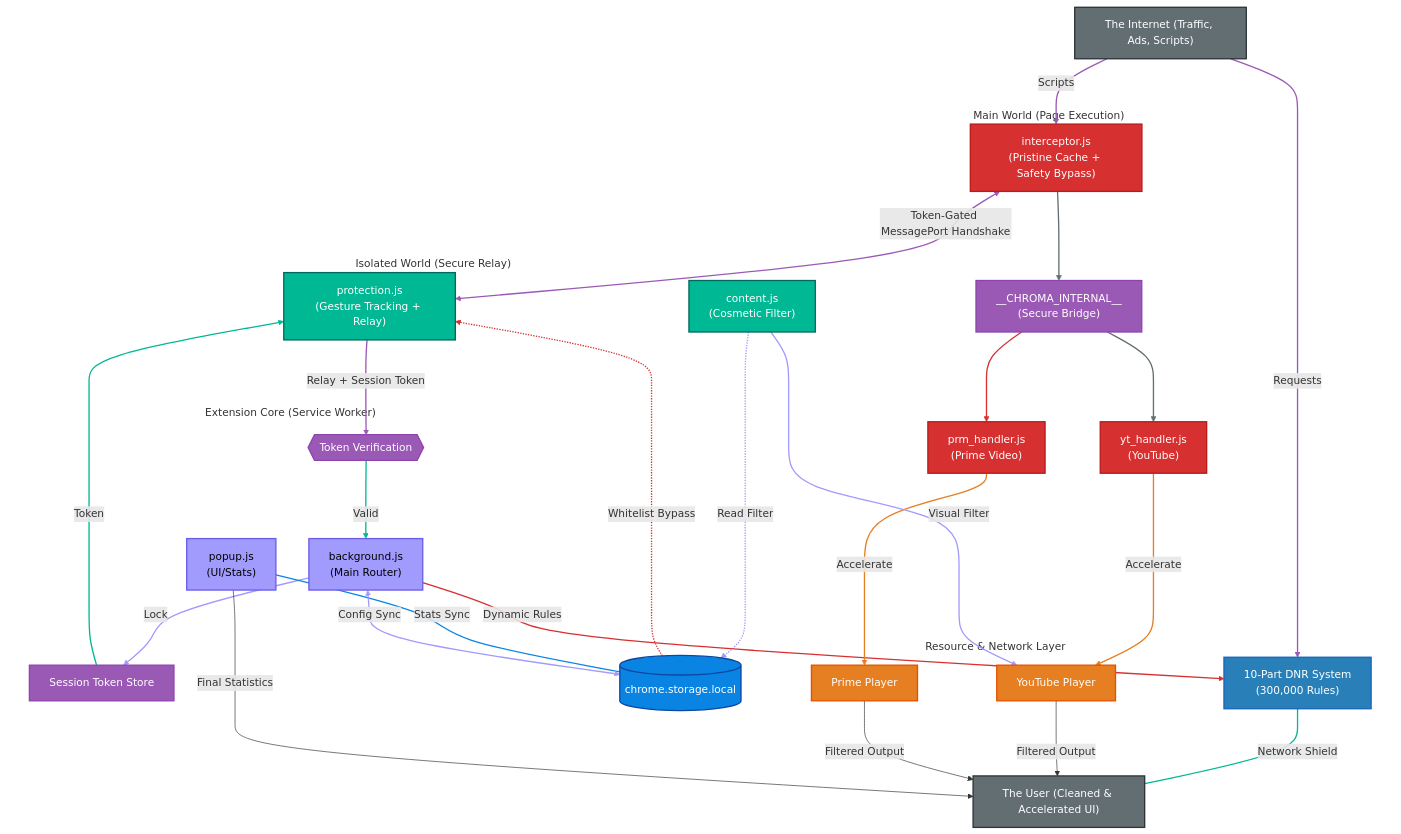
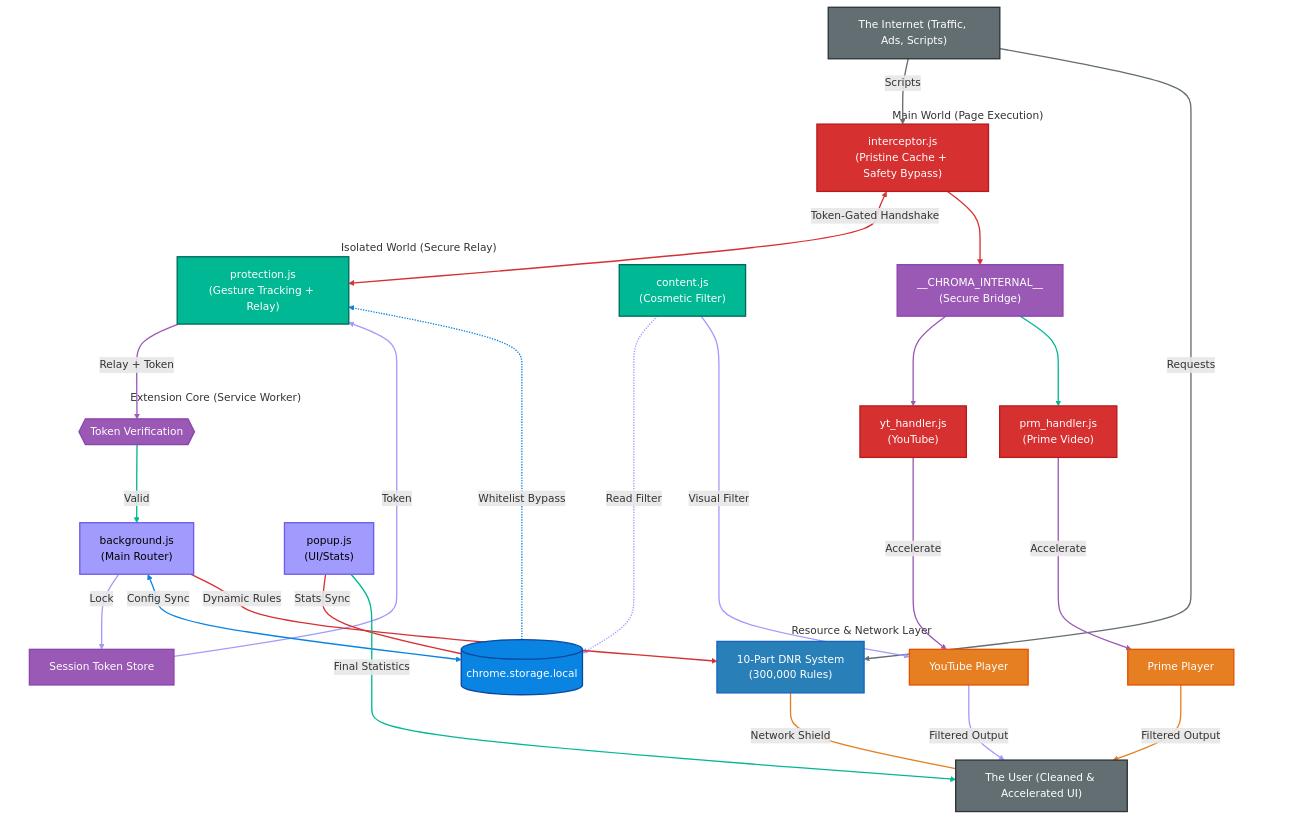
The diagram in README.md (Dabrogost/Chroma-Ad-Blocker), drawn with Mermaid before and after one commit. The commit also changed other lines of this file, not shown here.

Commit message:
docs: update README architecture diagram with improved flow tracing and labeling

```diff
--- a/README.md
+++ b/README.md
@@ -32,24 +32,21 @@
     %% --- STACK 0: INPUT (CENTERED TOP) ---
     INTERNET["The Internet (Traffic, Ads, Scripts)"]:::actor
 
-    %% --- STACK 1: PAGE CONTEXT ---
+    %% --- STACK 1: PAGE CONTEXT (MAIN WORLD) ---
     subgraph MW["Main World (Page Execution)"]
         MW_INT["interceptor.js<br/>(Pristine Cache + Safety Bypass)"]:::main
         BRIDGE["__CHROMA_INTERNAL__<br/>(Secure Bridge)"]:::secure
         CS_YT["yt_handler.js<br/>(YouTube)"]:::main
         CS_PV["prm_handler.js<br/>(Prime Video)"]:::main
-        MW_INT --> BRIDGE
-        BRIDGE --> CS_YT
-        BRIDGE --> CS_PV
     end
 
-    %% --- STACK 2: EXTENSION RELAY ---
+    %% --- STACK 2: EXTENSION RELAY (ISOLATED WORLD) ---
     subgraph IW["Isolated World (Secure Relay)"]
         CS_PROT["protection.js<br/>(Gesture Tracking + Relay)"]:::isolated
         CS_GEN["content.js<br/>(Cosmetic Filter)"]:::isolated
     end
 
-    %% --- STACK 3: EXTENSION CORE ---
+    %% --- STACK 3: EXTENSION CORE (SERVICE WORKER) ---
     subgraph SW["Extension Core (Service Worker)"]
         VERIFY{{"Token Verification"}}:::secure
         BS["background.js<br/>(Main Router)"]:::sw
@@ -68,55 +65,61 @@
     %% --- STACK 5: OUTPUT (CENTERED BOTTOM) ---
     USER["The User (Cleaned & Accelerated UI)"]:::actor
 
-    %% --- FLOW CONNECTIONS ---
+    %% --- PIPELINE CONNECTIONS (ORDERED FOR TRACING) ---
     
-    %% Internet to Components (Grey) 0,1
+    %% INTERNET ORIGIN (Grey: 0, 1)
     INTERNET -- "Scripts" --> MW_INT
     INTERNET -- "Requests" --> DNR
 
-    %% Secure Pipeline 2,3,4,5,6
-    MW_INT <==>|"Token-Gated MessagePort Handshake"| CS_PROT
-    CS_PROT -- "Relay + Session Token" --> VERIFY
-    VERIFY -- "Valid" --> BS
-    BS -- "Lock" --> AUTH
+    %% MAIN WORLD ORIGIN (Red: 2, 3, 15, 16)
+    MW_INT <==>|"Token-Gated Handshake"| CS_PROT
+    MW_INT --> BRIDGE
+    CS_YT ==>|"Accelerate"| YT_DOM
+    CS_PV ==>|"Accelerate"| PV_DOM
+
+    %% SECURE ORIGIN (Purple: 4, 5, 6, 8)
+    BRIDGE --> CS_YT
+    BRIDGE --> CS_PV
+    CS_PROT -- "Relay + Token" --> VERIFY
     AUTH -- "Token" --> CS_PROT
 
-    %% ─── Storage Connections (Staggered) 7,8,9,10
+    %% ISOLATED WORLD ORIGIN (Green: 7, 10, 17)
+    VERIFY -- "Valid" --> BS
+    CS_GEN -.->|"Read Filter"| STORAGE
+    CS_GEN ==>|"Visual Filter"| YT_DOM
+
+    %% CORE ORIGIN (Lavender: 9, 11, 12, 13, 20)
+    BS -- "Lock" --> AUTH
+    BS <-->|"Config Sync"| STORAGE
+    BS -- "Dynamic Rules" --> DNR
     POPUP ---|"Stats Sync"| STORAGE
-    BS <-->|"Config Sync"| STORAGE
-    CS_GEN -.->|"Read Filter"| STORAGE
+    POPUP -- "Final Statistics" --> USER
+
+    %% STORAGE ORIGIN (Blue: 14)
     STORAGE -.->|"Whitelist Bypass"| CS_PROT
+    
+    %% DNR ORIGIN (Blue: 18)
+    DNR ---|"Network Shield"| USER
 
-    %% Control & Action 11,12
-    BS -- "Dynamic Rules" --> DNR
-    DNR ---|"Network Shield"| USER
-    
-    %% Handler Impact 13,14,15
-    CS_YT ==>|"Accelerate"| YT_DOM
-    CS_PV ==>|"Accelerate"| PV_DOM
-    CS_GEN ==>|"Visual Filter"| YT_DOM
-    
-    %% User experience 16,17,18
+    %% PLAYER ORIGIN (Orange: 19, 21)
     YT_DOM -- "Filtered Output" --> USER
     PV_DOM -- "Filtered Output" --> USER
-    POPUP -- "Final Statistics" --> USER
 
     %% --- LOGIC TRACING (LINK STYLES) ---
-    %% 1. Internet: Grey (Internet Source: 0, 1)
+    %% Internet/User: Grey
     linkStyle 0,1 stroke:#636e72,stroke-width:2px;
-    %% 2. Main World: Red (INT: 2, YT: 13, PV: 14)
-    linkStyle 2,13,14 stroke:#d63031,stroke-width:2px;
-    %% 3. Secure Paths: Purple (BRIDGE: 3,4, VERIFY: 5, AUTH: 6)
-    linkStyle 3,4,5,6 stroke:#9b59b6,stroke-width:2px;
-    %% 4. Isolated World: Green (PROT: 7, GEN: 11? GEN: 9, 15)
-    %% Link 7: PROT->VERIFY, Link 9: GEN->STORAGE, Link 15: GEN->DOM
-    linkStyle 7,9,15 stroke:#00b894,stroke-width:2px;
-    %% 5. Extension Core: Lavender (POPUP: 8, 18, BS: 11, 10, DNR: 12)
-    linkStyle 8,10,11,12,18 stroke:#a29bfe,stroke-width:2px;
-    %% 6. Storage: Blue (Source: 10 is Blue)
-    linkStyle 10 stroke:#0984e3,stroke-width:2px;
-    %% 7. Video Players: Orange (Source: 16, 17)
-    linkStyle 16,17 stroke:#e67e22,stroke-width:2px;
+    %% Main World: Red
+    linkStyle 2,3,15,16 stroke:#d63031,stroke-width:2px;
+    %% Isolated World: Green
+    linkStyle 7,10,17 stroke:#00b894,stroke-width:2px;
+    %% Secure Paths: Purple
+    linkStyle 4,5,6,8 stroke:#9b59b6,stroke-width:2px;
+    %% Core/SW Paths: Lavender
+    linkStyle 9,11,12,13,20 stroke:#a29bfe,stroke-width:2px;
+    %% System Infra: Blue
+    linkStyle 14,18 stroke:#0984e3,stroke-width:2px;
+    %% DOM Outputs: Orange
+    linkStyle 19,21 stroke:#e67e22,stroke-width:2px;
 
     %% --- HIDE SUBGRAPH BOXES ---
     style MW fill:none,stroke:none
```
